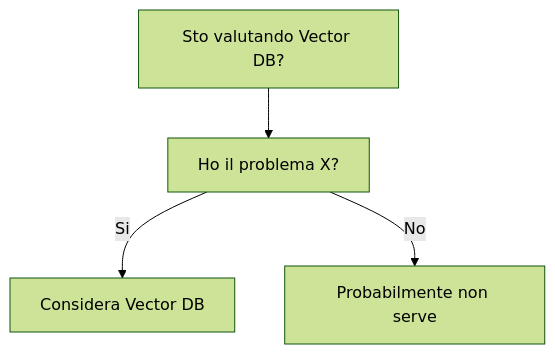
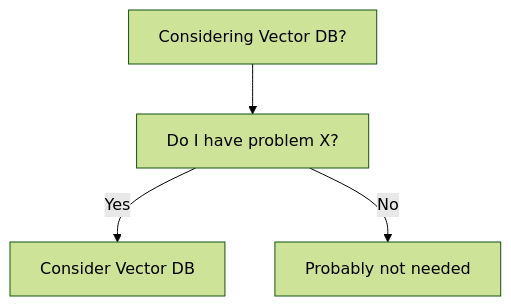
The diagram in dev-wiki/06_Data_Storage/Vector_DB/When_To_Use.md (HxT9/Software-Dev-Wiki), drawn with Mermaid (forest theme) before and after one commit. The commit also changed other lines of this file and 3444 other files, not shown here.

````diff
--- a/dev-wiki/06_Data_Storage/Vector_DB/When_To_Use.md
+++ b/dev-wiki/06_Data_Storage/Vector_DB/When_To_Use.md
@@ -19,6 +19,6 @@
 ```mermaid
 flowchart TD
-  Q[Sto valutando Vector DB?] --> Q1[Ho il problema X?]
-  Q1 -->|Si| OK[Considera Vector DB]
-  Q1 -->|No| NO[Probabilmente non serve]
+  Q[Considering Vector DB?] --> Q1[Do I have problem X?]
+  Q1 -->|Yes| OK[Consider Vector DB]
+  Q1 -->|No| NO[Probably not needed]
 ```
````
